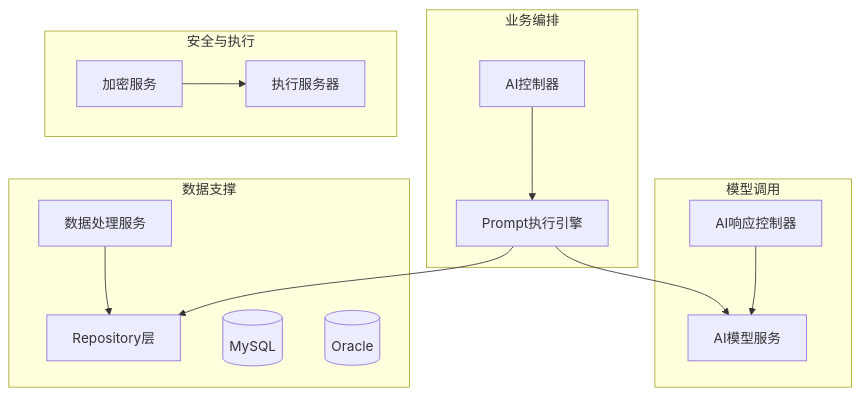
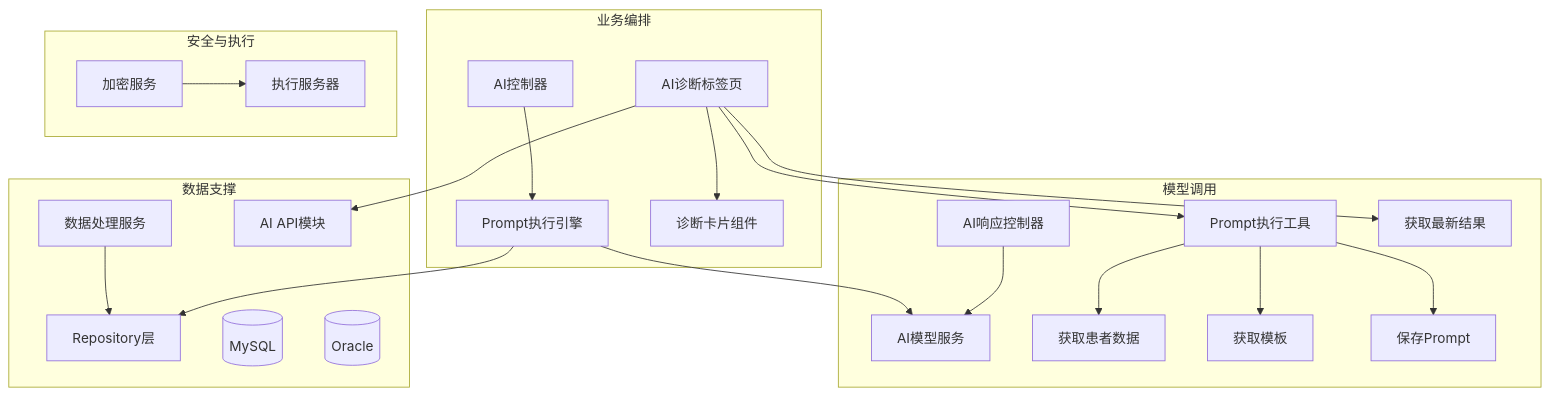
The second of 7 diagrams in .qoder/repowiki/zh/content/核心功能模块/AI诊断辅助系统.md (liuzh2008/med_ai_assistant_workspace), drawn with Mermaid before and after one commit. The commit also changed other lines of this file and 3 other files, not shown here.

````diff
--- a/.qoder/repowiki/zh/content/核心功能模块/AI诊断辅助系统.md
+++ b/.qoder/repowiki/zh/content/核心功能模块/AI诊断辅助系统.md
@@ -111,27 +134,42 @@
 ```mermaid
 graph TB
 subgraph "业务编排"
 AI[AI控制器]
 PromptSvc[Prompt执行引擎]
+AIDiagnosisTab[AI诊断标签页]
+DiagnosisCard[诊断卡片组件]
 end
 subgraph "模型调用"
 AIResp[AI响应控制器]
 AIModel[AI模型服务]
+handlePromptExecution[Prompt执行工具]
+getLatestPromptResult[获取最新结果]
+getPatientData[获取患者数据]
+getPromptTemplate[获取模板]
+addPrompt[保存Prompt]
 end
 subgraph "数据支撑"
 DataSvc[数据处理服务]
 Repo[Repository层]
 MySQL[(MySQL)]
 Oracle[(Oracle)]
+apiAI[AI API模块]
 end
 subgraph "安全与执行"
 Encrypt[加密服务]
 ExecServer[执行服务器]
 end
 AI --> PromptSvc
+AIDiagnosisTab --> DiagnosisCard
+AIDiagnosisTab --> handlePromptExecution
+AIDiagnosisTab --> getLatestPromptResult
+AIDiagnosisTab --> apiAI
+handlePromptExecution --> getPatientData
+handlePromptExecution --> getPromptTemplate
+handlePromptExecution --> addPrompt
 AIResp --> AIModel
 PromptSvc --> Repo
 DataSvc --> Repo
 Encrypt --> ExecServer
 PromptSvc --> AIModel
 ```
````
